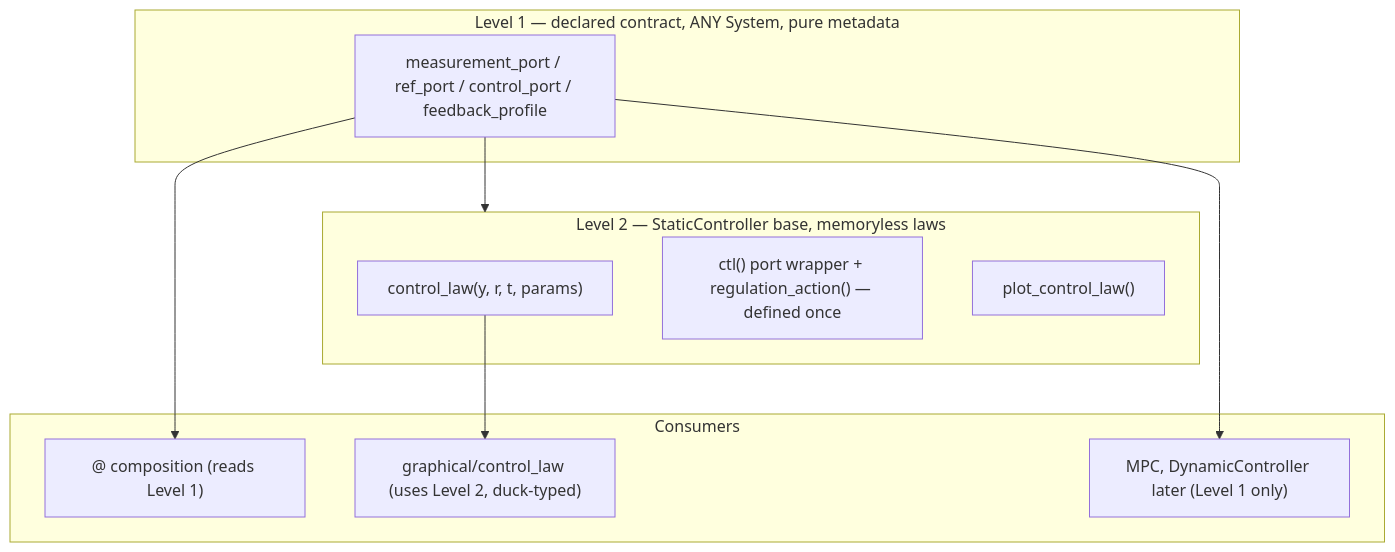
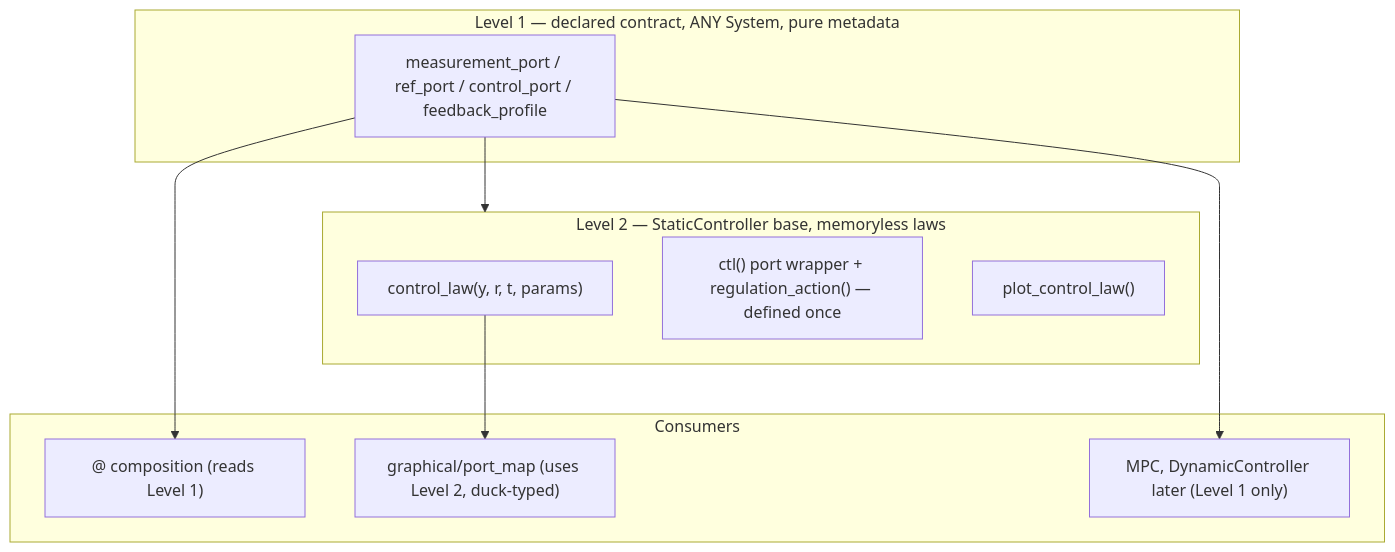
The first of 2 diagrams in docs/plans/control-block-contract.md (alx87grd/minilink), drawn with Mermaid before and after one commit. The commit also changed other lines of this file, not shown here.

Commit message:
Split static-map plotting into a shared engine with generic plot_input_output_map and feedback-aware plot_control_law facades in the control-block contract plan.

````diff
--- a/docs/plans/control-block-contract.md
+++ b/docs/plans/control-block-contract.md
@@ -60,20 +62,20 @@
 ```mermaid
 flowchart TB
   subgraph contract [Level 1 — declared contract, ANY System, pure metadata]
     attrs["measurement_port / ref_port / control_port / feedback_profile"]
   end
   subgraph static [Level 2 — StaticController base, memoryless laws]
     law["control_law(y, r, t, params)"]
     wrap["ctl() port wrapper + regulation_action() — defined once"]
     plotfacade["plot_control_law()"]
   end
   subgraph consumers [Consumers]
     matmul["@ composition (reads Level 1)"]
-    plotter["graphical/control_law (uses Level 2, duck-typed)"]
+    plotter["graphical/port_map (uses Level 2, duck-typed)"]
     mpc["MPC, DynamicController later (Level 1 only)"]
   end
   attrs --> static
   attrs --> matmul
   law --> plotter
   attrs --> mpc
 ```
````
